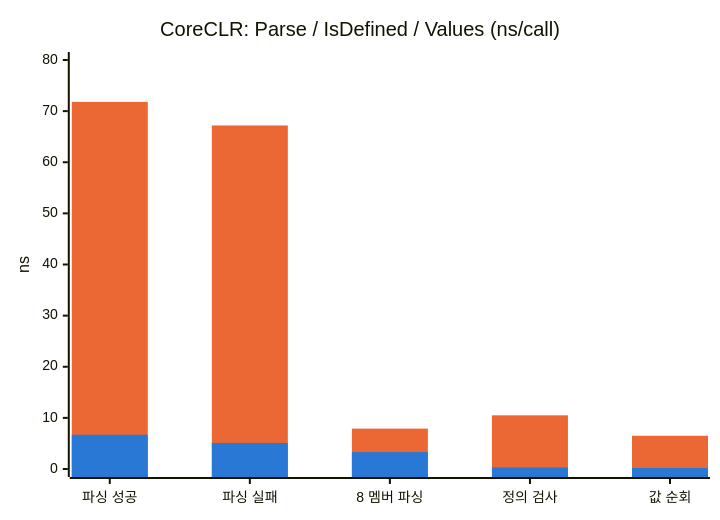
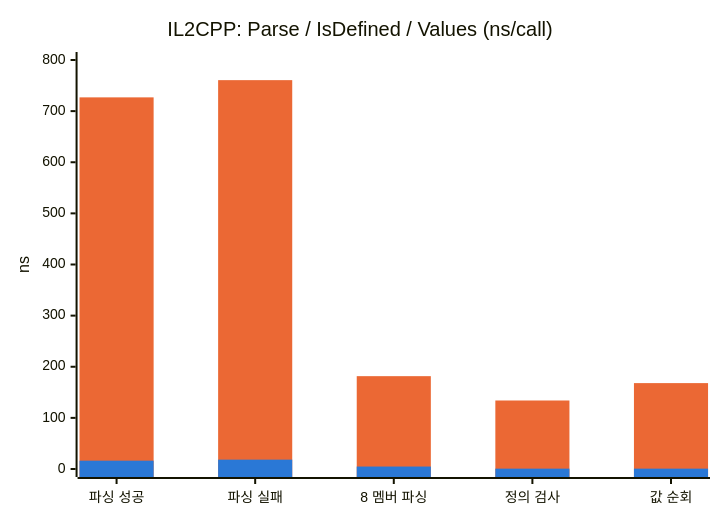
Before and after one commit to MoewMeowH/CustomUnityTools: the second of 3 diagrams in Assets/Tools/Benchmarks/E2String/Benchmark.md, drawn with Mermaid. The commit also changed other lines of this file and 3 other files, not shown here.

````diff
--- a/Assets/Tools/Benchmarks/E2String/Benchmark.md
+++ b/Assets/Tools/Benchmarks/E2String/Benchmark.md
@@ -135,9 +113,9 @@
 ```mermaid
 %%{init: {"themeVariables": {"xyChart": {"plotColorPalette": "#eb6834, #2a78d6"}}}}%%
 xychart-beta
-    title "CoreCLR: Parse / IsDefined / Values (ns/call)"
+    title "IL2CPP: Parse / IsDefined / Values (ns/call)"
     x-axis ["파싱 성공", "파싱 실패", "8 멤버 파싱", "정의 검사", "값 순회"]
-    y-axis "ns" 0 --> 80
-    bar [71.8, 67.2, 7.9, 10.5, 6.5]
-    bar [6.7, 5.1, 3.3, 0.3, 0.2]
+    y-axis "ns" 0 --> 800
+    bar [726.9, 760.6, 181.6, 134.0, 168.0]
+    bar [16.3, 18.3, 4.8, 0.7, 0.7]
 ```
````
